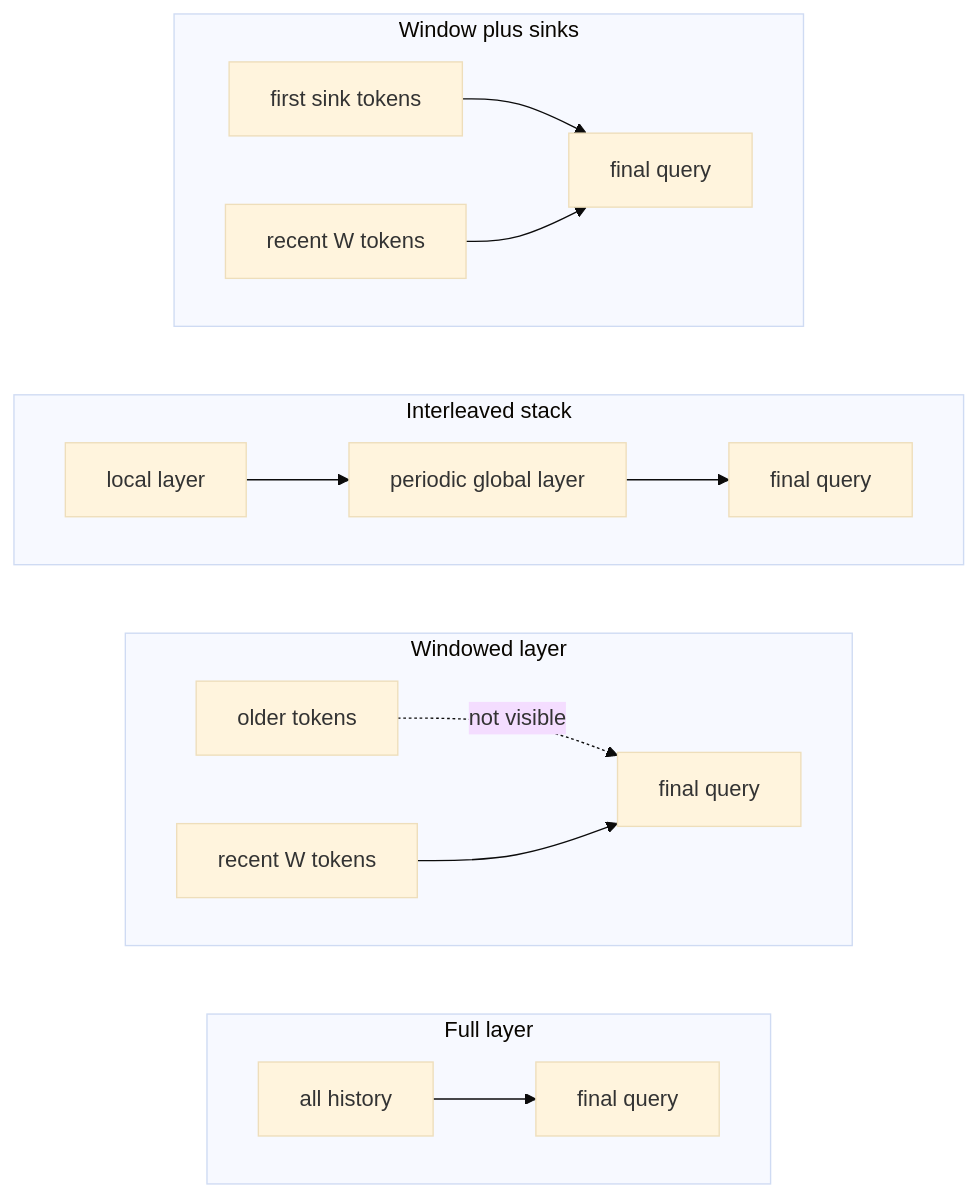
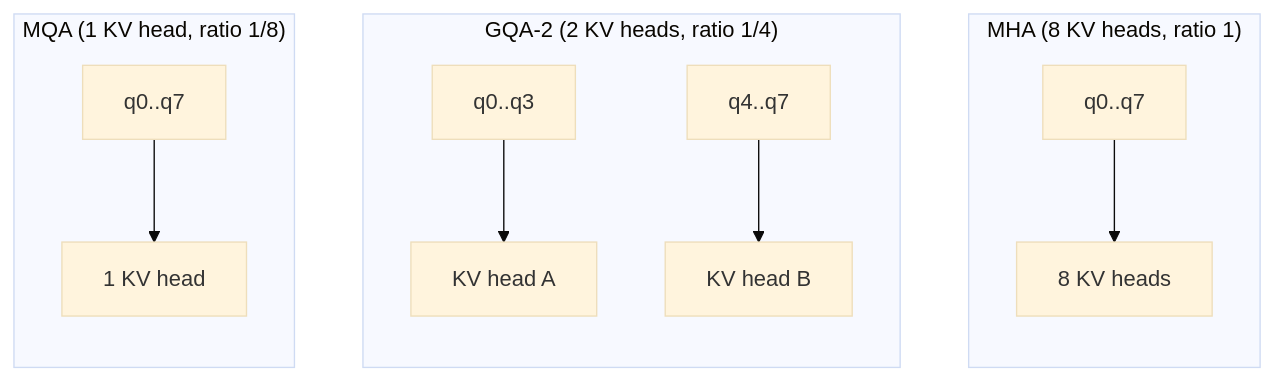
The first of 2 diagrams in chapters/03-attention-position-long-context.qmd (omkarsarde/agentic-engineering-at-scale), drawn with Mermaid (base theme) before and after one commit. The commit also changed other lines of this file and 20 other files, not shown here.

First line of the commit message:
Redo ch03 + book-wide figure presentation fix

````diff
--- a/chapters/03-attention-position-long-context.qmd
+++ b/chapters/03-attention-position-long-context.qmd
@@ -211,23 +263,19 @@
 ```{mermaid}
-%%| label: fig-ch03-attention-patterns
-%%| fig-cap: "Which historical tokens can the final query read under full, windowed, interleaved, and sink-preserving attention?"
-flowchart LR
-    subgraph F["Full layer"]
-      direction LR
-      F1["all history"] --> FQ["final query"]
+%%| echo: false
+%%| label: fig-ch03-head-grouping
+%%| fig-cap: "Which query heads share a KV head? Under MHA every query head keeps its own KV head; GQA-2 routes groups of query heads to shared KV heads; MQA collapses them to one. The cached state follows the KV-head count, so the cache ratio is kv_heads / query_heads."
+flowchart TB
+    subgraph MHA["MHA (8 KV heads, ratio 1)"]
+      direction TB
+      q0["q0..q7"] --> k0["8 KV heads"]
     end
-    subgraph W["Windowed layer"]
-      direction LR
-      WO["older tokens"] -. "not visible" .-> WQ["final query"]
-      WR["recent W tokens"] --> WQ
+    subgraph GQA["GQA-2 (2 KV heads, ratio 1/4)"]
+      direction TB
+      g0["q0..q3"] --> kg0["KV head A"]
+      g1["q4..q7"] --> kg1["KV head B"]
     end
-    subgraph I["Interleaved stack"]
-      direction LR
-      IL["local layer"] --> IG["periodic global layer"] --> IQ["final query"]
-    end
-    subgraph S["Window plus sinks"]
-      direction LR
-      SS["first sink tokens"] --> SQ["final query"]
-      SR["recent W tokens"] --> SQ
+    subgraph MQA["MQA (1 KV head, ratio 1/8)"]
+      direction TB
+      m0["q0..q7"] --> km0["1 KV head"]
     end
 ```
````
